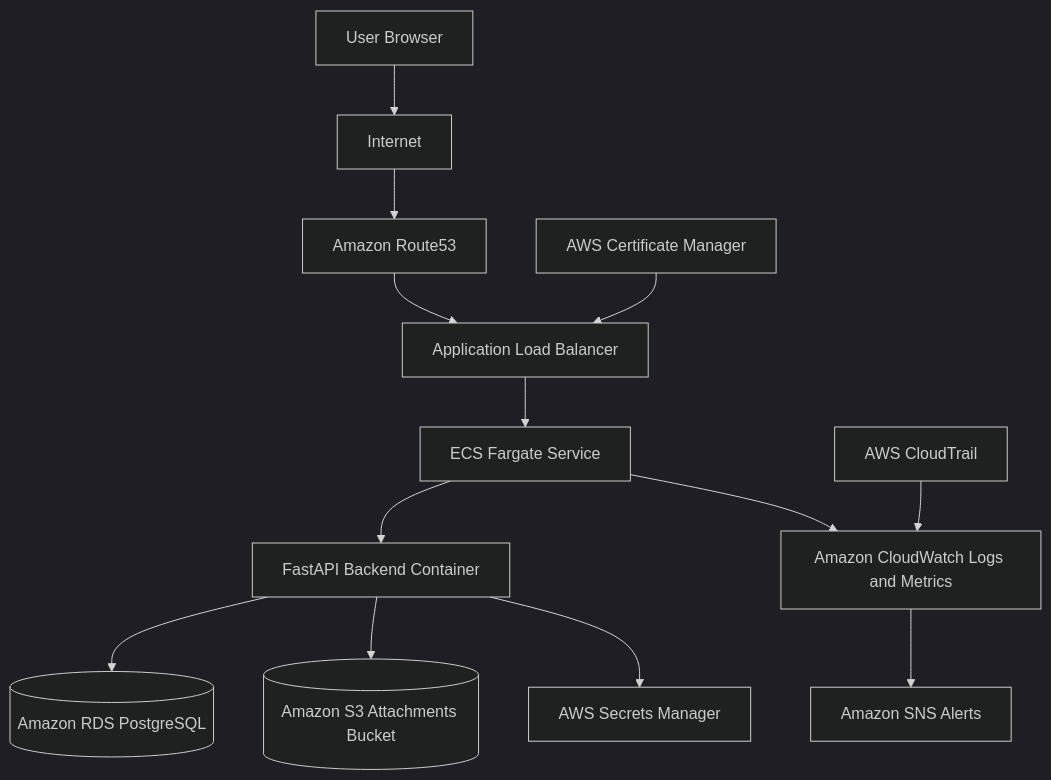
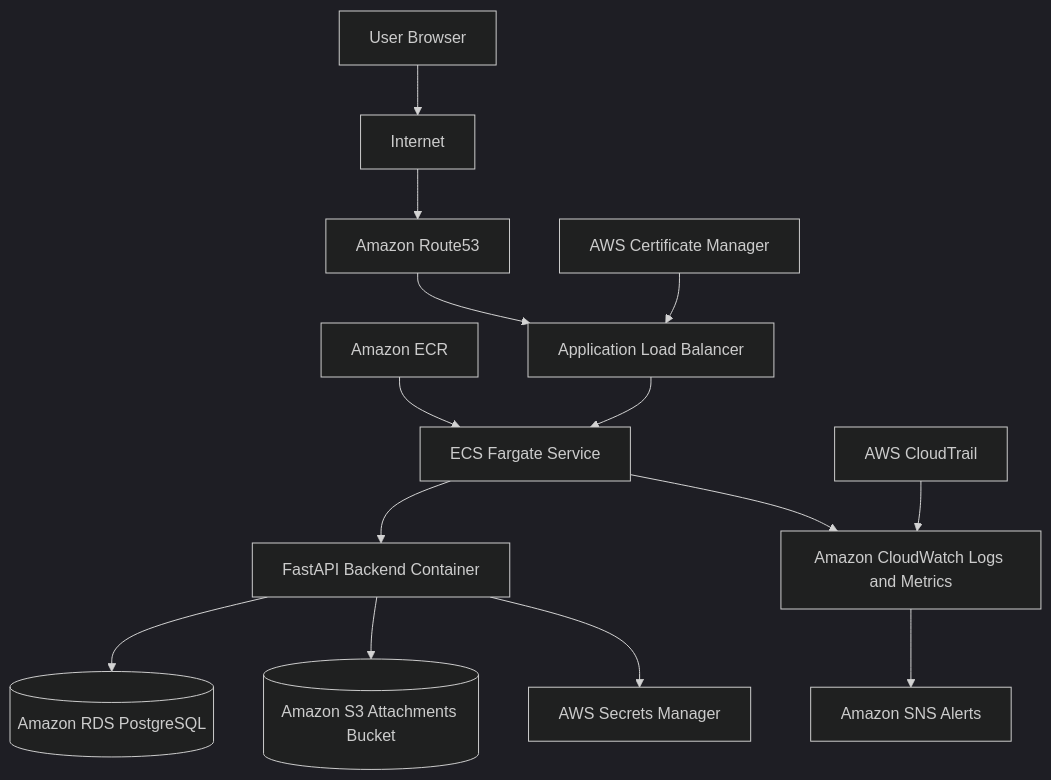
The diagram in docs/architecture.md (Iaemrys101/cloud-task-manager), drawn with Mermaid (dark theme) before and after one commit. The commit also changed other lines of this file and 17 other files, not shown here.

Commit message:
feat: add ECS Fargate and ECR deployment

````diff
--- a/docs/architecture.md
+++ b/docs/architecture.md
@@ -11,29 +11,31 @@
 ```mermaid
 flowchart TD
     User[User Browser]
     Internet[Internet]
     Route53[Amazon Route53]
     ACM[AWS Certificate Manager]
+    ECR[Amazon ECR]
     ALB[Application Load Balancer]
     ECS[ECS Fargate Service]
     Backend[FastAPI Backend Container]
     RDS[(Amazon RDS PostgreSQL)]
     S3[(Amazon S3 Attachments Bucket)]
     Secrets[AWS Secrets Manager]
     CW[Amazon CloudWatch Logs and Metrics]
     SNS[Amazon SNS Alerts]
     CT[AWS CloudTrail]
 
     User --> Internet
     Internet --> Route53
     Route53 --> ALB
     ACM --> ALB
+    ECR --> ECS
     ALB --> ECS
     ECS --> Backend
     Backend --> RDS
     Backend --> S3
     Backend --> Secrets
     ECS --> CW
     CW --> SNS
     CT --> CW
 ```
````
